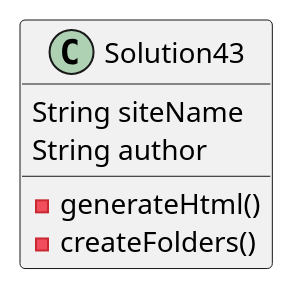
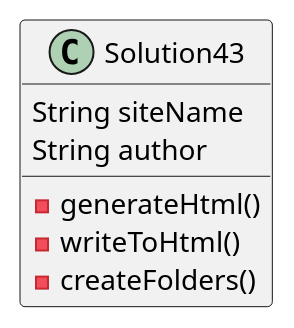
The diagram in exercise43/docs/Solution43.puml (J-Caques/caques-a04), drawn with PlantUML before and after one commit. The commit also changed 2 other files, not shown here.

Commit message:
Added new method to PlantUML, writeToHtml, and created a test for that method

```diff
--- a/exercise43/docs/Solution43.puml
+++ b/exercise43/docs/Solution43.puml
@@ -1,12 +1,13 @@
 @startuml
 'https://plantuml.com/class-diagram
 
 class Solution43{
     String siteName
     String author
 
     -generateHtml()
+    -writeToHtml()
     -createFolders()
 }
 
 @enduml
```
